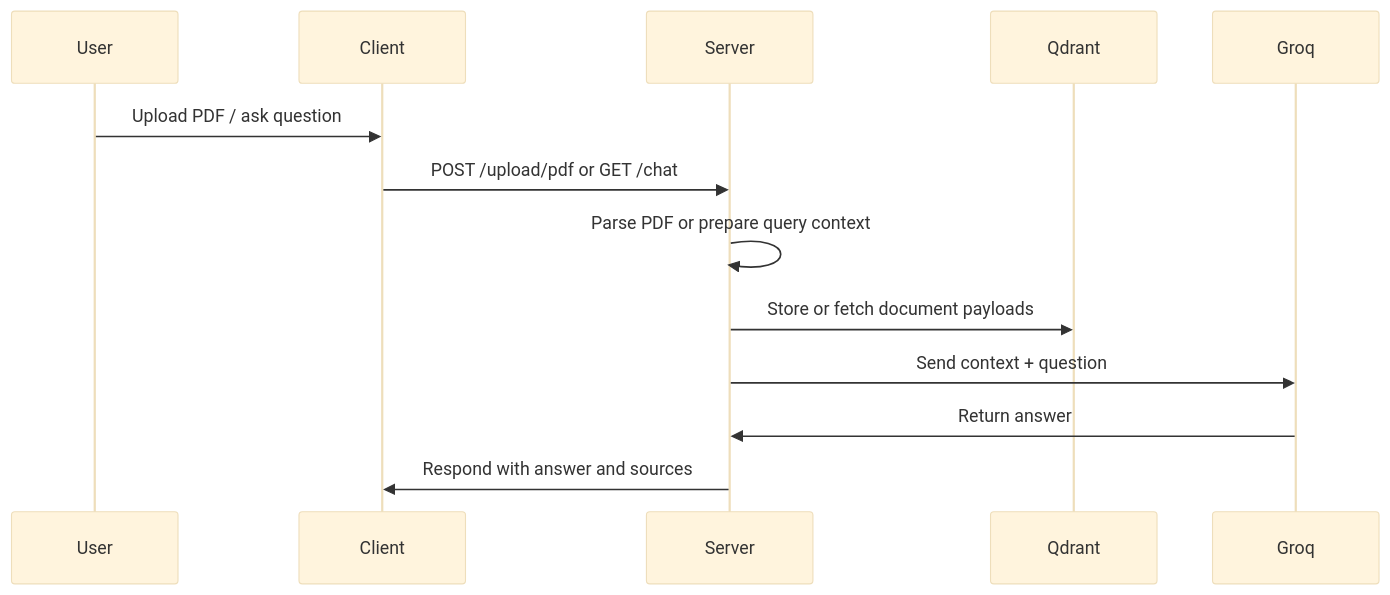
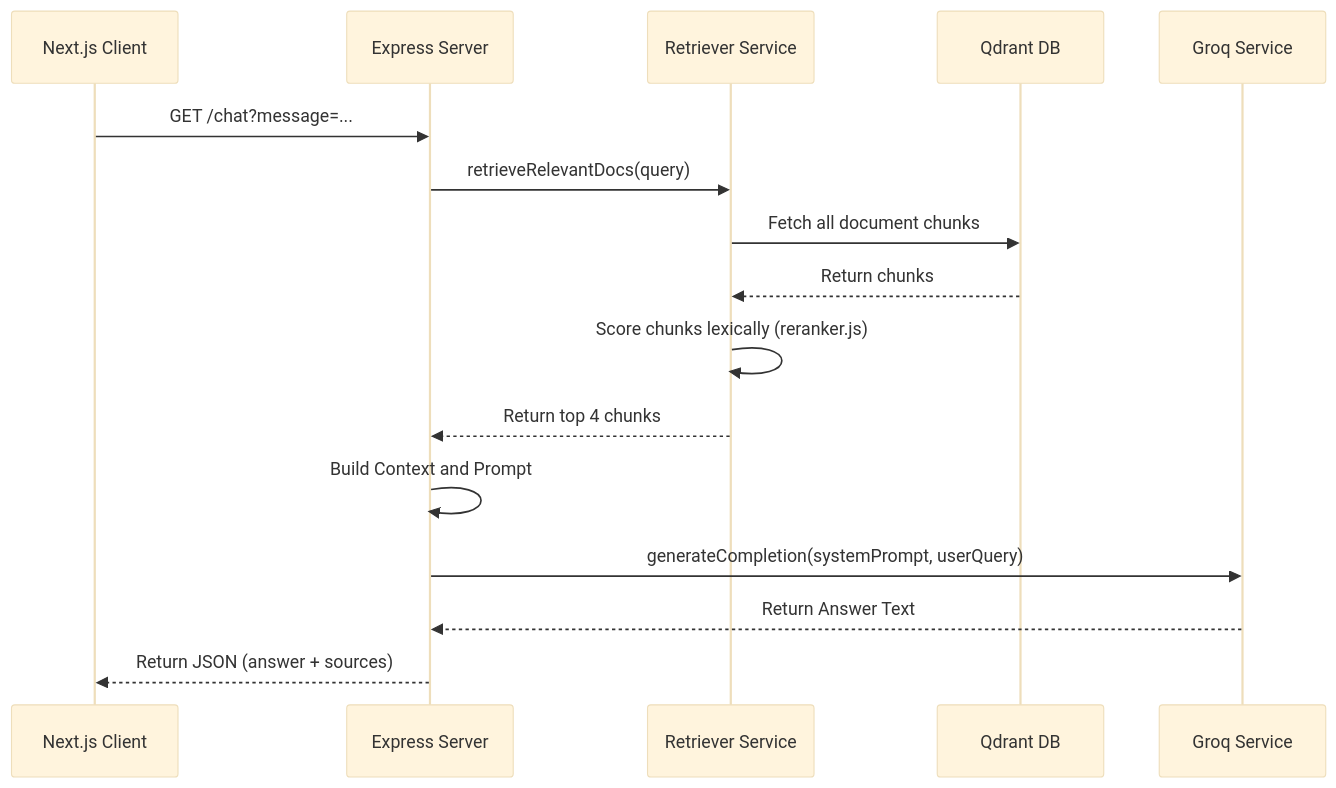
Before and after one commit to AdrishKarak/RAG-pdf: the second of 2 diagrams in Architecture.md, drawn with Mermaid (base theme). The commit also changed other lines of this file and 23 other files, not shown here.

First line of the commit message:
feat: Implement RAG server API with PDF upload, chat handling, and document retrieval

````diff
--- a/Architecture.md
+++ b/Architecture.md
@@ -62,16 +162,19 @@
 ```mermaid
 sequenceDiagram
-  participant U as User
-  participant C as Client
-  participant S as Server
-  participant Q as Qdrant
-  participant L as Groq
+  participant Client as Next.js Client
+  participant Server as Express Server
+  participant Retriever as Retriever Service
+  participant VectorDB as Qdrant DB
+  participant LLM as Groq Service
 
-  U->>C: Upload PDF / ask question
-  C->>S: POST /upload/pdf or GET /chat
-  S->>S: Parse PDF or prepare query context
-  S->>Q: Store or fetch document payloads
-  S->>L: Send context + question
-  L->>S: Return answer
-  S->>C: Respond with answer and sources
+  Client->>Server: GET /chat?message=...
+  Server->>Retriever: retrieveRelevantDocs(query)
+  Retriever->>VectorDB: Fetch all document chunks
+  VectorDB-->>Retriever: Return chunks
+  Retriever->>Retriever: Score chunks lexically (reranker.js)
+  Retriever-->>Server: Return top 4 chunks
+  Server->>Server: Build Context and Prompt
+  Server->>LLM: generateCompletion(systemPrompt, userQuery)
+  LLM-->>Server: Return Answer Text
+  Server-->>Client: Return JSON (answer + sources)
 ```
````
